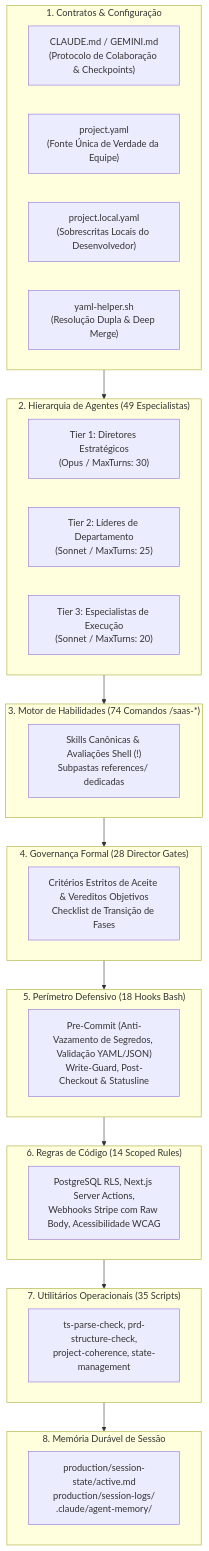
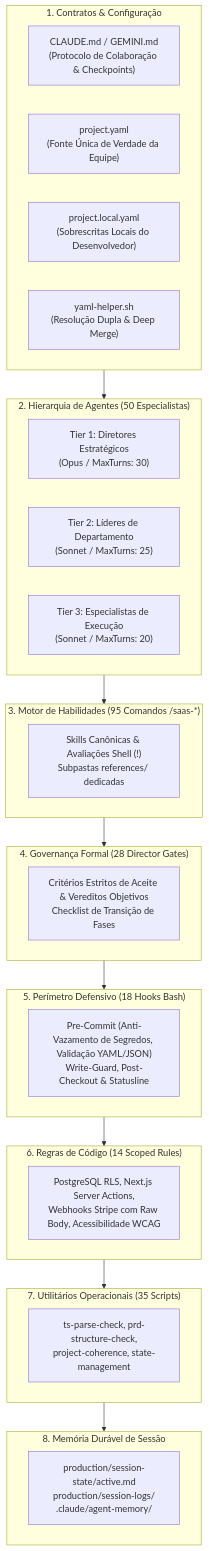
Before and after one commit to Basinfy/Basinfy-SaaS-Studio: the diagram in README.md, drawn with Mermaid. The commit also changed other lines of this file and 1 other file, not shown here.

First line of the commit message:
docs: update README in PT and EN with 50-agent roster and 95 workflow skills

````diff
--- a/README.md
+++ b/README.md
@@ -167,47 +167,47 @@
 ```mermaid
 flowchart TD
     subgraph ConfigLayer["1. Contratos & Configuração"]
         CM["CLAUDE.md / GEMINI.md<br/>(Protocolo de Colaboração & Checkpoints)"]
         PY["project.yaml<br/>(Fonte Única de Verdade da Equipe)"]
         PLY["project.local.yaml<br/>(Sobrescritas Locais do Desenvolvedor)"]
         YH["yaml-helper.sh<br/>(Resolução Dupla & Deep Merge)"]
     end
 
-    subgraph AgentLayer["2. Hierarquia de Agentes (49 Especialistas)"]
+    subgraph AgentLayer["2. Hierarquia de Agentes (50 Especialistas)"]
         T1["Tier 1: Diretores Estratégicos<br/>(Opus / MaxTurns: 30)"]
         T2["Tier 2: Líderes de Departamento<br/>(Sonnet / MaxTurns: 25)"]
         T3["Tier 3: Especialistas de Execução<br/>(Sonnet / MaxTurns: 20)"]
     end
 
-    subgraph SkillLayer["3. Motor de Habilidades (74 Comandos /saas-*)"]
+    subgraph SkillLayer["3. Motor de Habilidades (95 Comandos /saas-*)"]
         SK["Skills Canônicas & Avaliações Shell (!)<br/>Subpastas references/ dedicadas"]
     end
 
     subgraph GateLayer["4. Governança Formal (28 Director Gates)"]
         DG["Critérios Estritos de Aceite & Vereditos Objetivos<br/>Checklist de Transição de Fases"]
     end
 
     subgraph HookLayer["5. Perímetro Defensivo (18 Hooks Bash)"]
         HK["Pre-Commit (Anti-Vazamento de Segredos, Validação YAML/JSON)<br/>Write-Guard, Post-Checkout & Statusline"]
     end
 
     subgraph RuleLayer["6. Regras de Código (14 Scoped Rules)"]
         RL["PostgreSQL RLS, Next.js Server Actions,<br/>Webhooks Stripe com Raw Body, Acessibilidade WCAG"]
     end
 
     subgraph ScriptLayer["7. Utilitários Operacionais (35 Scripts)"]
         SC["ts-parse-check, prd-structure-check,<br/>project-coherence, state-management"]
     end
 
     subgraph StateLayer["8. Memória Durável de Sessão"]
         SS["production/session-state/active.md<br/>production/session-logs/<br/>.claude/agent-memory/"]
     end
 
     ConfigLayer --> AgentLayer
     AgentLayer --> SkillLayer
     SkillLayer --> GateLayer
     GateLayer --> HookLayer
     HookLayer --> RuleLayer
     RuleLayer --> ScriptLayer
     ScriptLayer --> StateLayer
 ```
````
